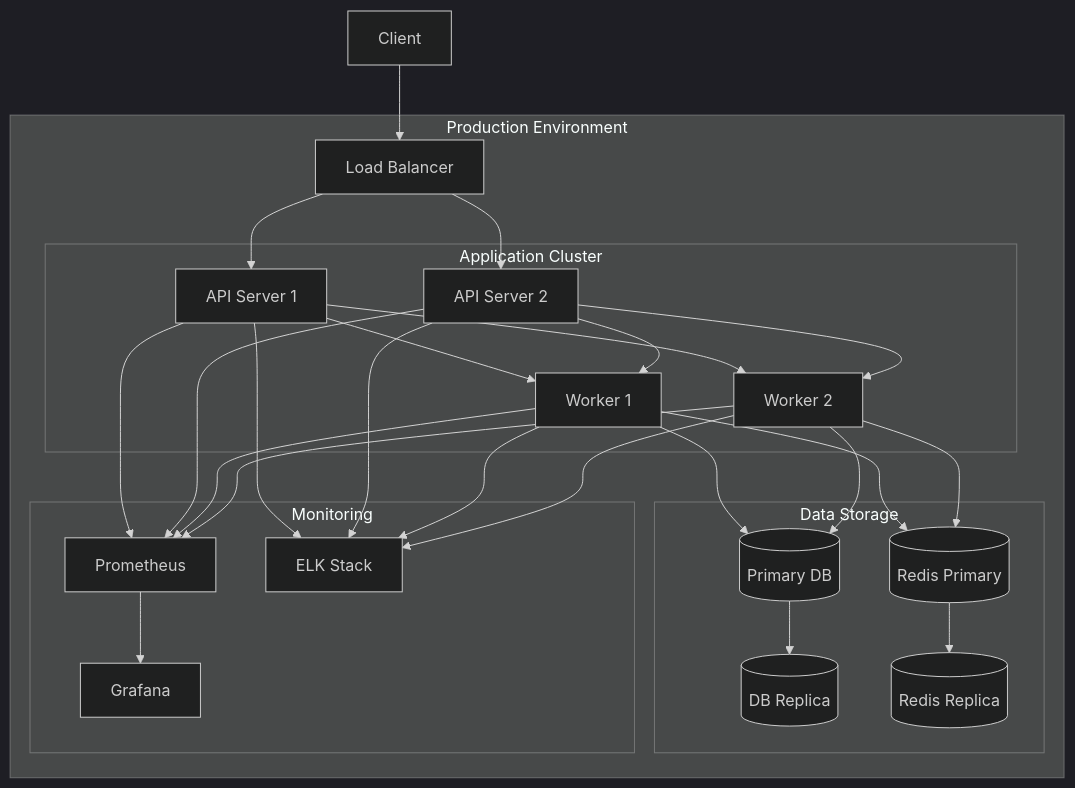
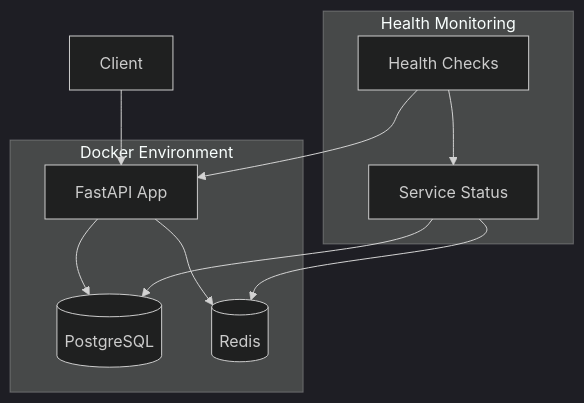
The fourth of 5 diagrams in docs/architecture_diagrams.md (padak/magnetic), drawn with Mermaid (dark theme) before and after one commit. The commit also changed other lines of this file and 3 other files, not shown here.

````diff
--- a/docs/architecture_diagrams.md
+++ b/docs/architecture_diagrams.md
@@ -142,53 +114,23 @@
 ```mermaid
 graph TB
-    subgraph "Production Environment"
-        LB[Load Balancer]
+    subgraph "Docker Environment"
+        API[FastAPI App]
+        DB[(PostgreSQL)]
+        Cache[(Redis)]
         
-        subgraph "Application Cluster"
-            API1[API Server 1]
-            API2[API Server 2]
-            Worker1[Worker 1]
-            Worker2[Worker 2]
-        end
-        
-        subgraph "Data Storage"
-            Master[(Primary DB)]
-            Replica[(DB Replica)]
-            Redis1[(Redis Primary)]
-            Redis2[(Redis Replica)]
-        end
-        
-        subgraph "Monitoring"
-            Prometheus[Prometheus]
-            Grafana[Grafana]
-            ELK[ELK Stack]
-        end
+        API --> DB
+        API --> Cache
     end
     
-    Client-->LB
-    LB-->API1
-    LB-->API2
-    API1-->Worker1
-    API1-->Worker2
-    API2-->Worker1
-    API2-->Worker2
+    subgraph "Health Monitoring"
+        Health[Health Checks]
+        Services[Service Status]
+        
+        Health --> Services
+        Services --> DB
+        Services --> Cache
+    end
     
-    Worker1-->Master
-    Worker2-->Master
-    Master-->Replica
-    
-    Worker1-->Redis1
-    Worker2-->Redis1
-    Redis1-->Redis2
-    
-    API1-->Prometheus
-    API2-->Prometheus
-    Worker1-->Prometheus
-    Worker2-->Prometheus
-    Prometheus-->Grafana
-    
-    API1-->ELK
-    API2-->ELK
-    Worker1-->ELK
-    Worker2-->ELK
+    Client-->API
+    Health-->API
 ```
````
